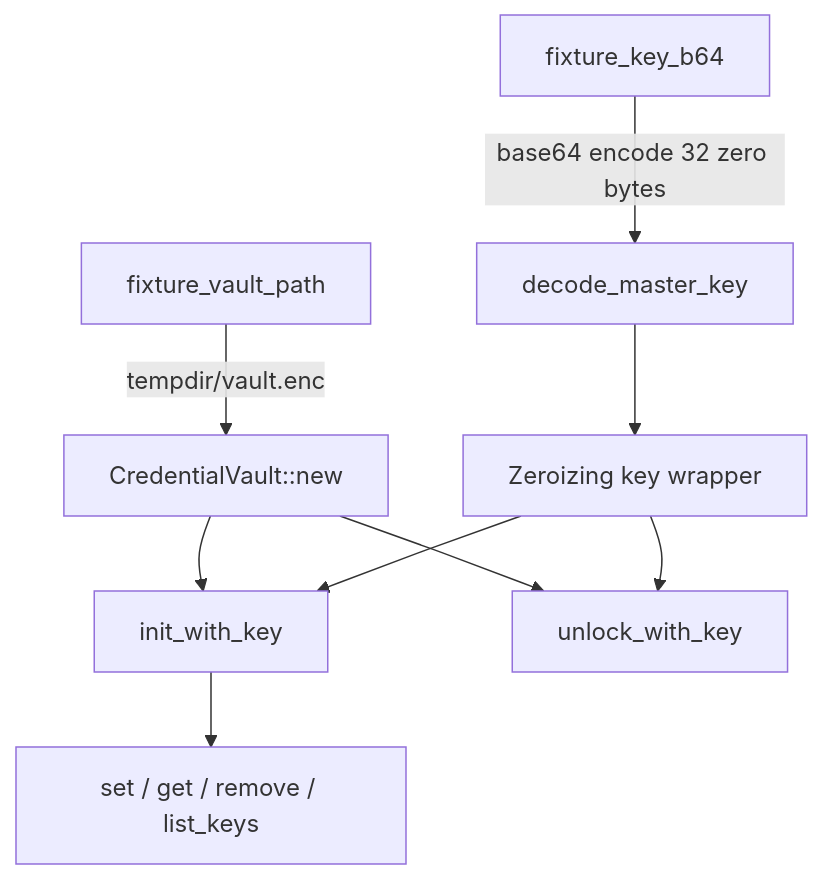
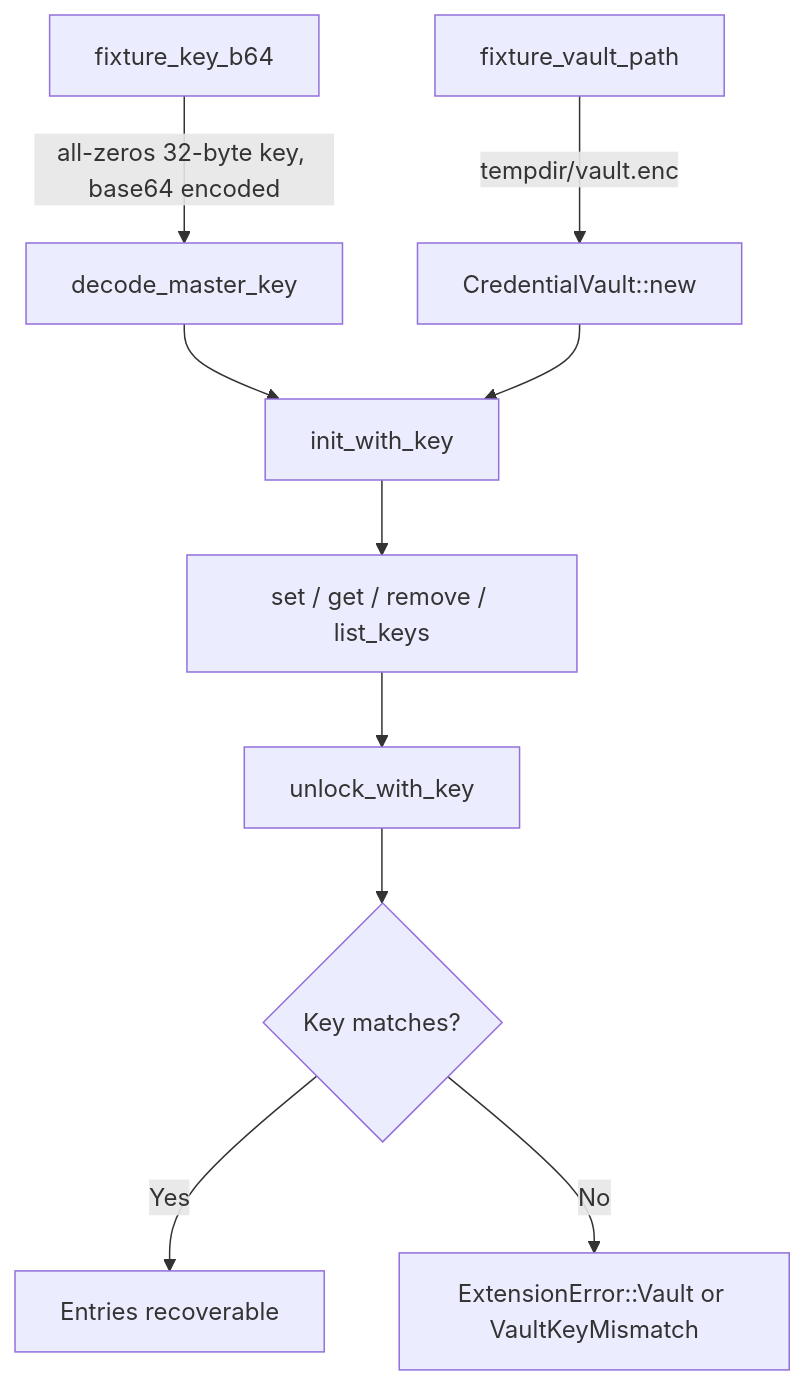
Before and after one commit to leszek3737/librefang-WIki: the diagram in other-librefang-extensions-tests.md, drawn with Mermaid. The commit also changed other lines of this file and 70 other files, not shown here.

````diff
--- a/other-librefang-extensions-tests.md
+++ b/other-librefang-extensions-tests.md
@@ -39,11 +52,13 @@
 ```mermaid
-graph TD
-    A[fixture_key_b64] -->|base64 encode 32 zero bytes| B[decode_master_key]
+flowchart TD
+    A[fixture_key_b64] -->|all-zeros 32-byte key, base64 encoded| B[decode_master_key]
     C[fixture_vault_path] -->|tempdir/vault.enc| D[CredentialVault::new]
-    D --> E[init_with_key]
+
+    B --> E[init_with_key]
+    D --> E
     E --> F[set / get / remove / list_keys]
-    D --> G[unlock_with_key]
-    B --> H[Zeroizing key wrapper]
-    H --> E
-    H --> G
+    F --> G[unlock_with_key]
+    G --> H{Key matches?}
+    H -- Yes --> I[Entries recoverable]
+    H -- No --> J[ExtensionError::Vault or VaultKeyMismatch]
 ```
````
